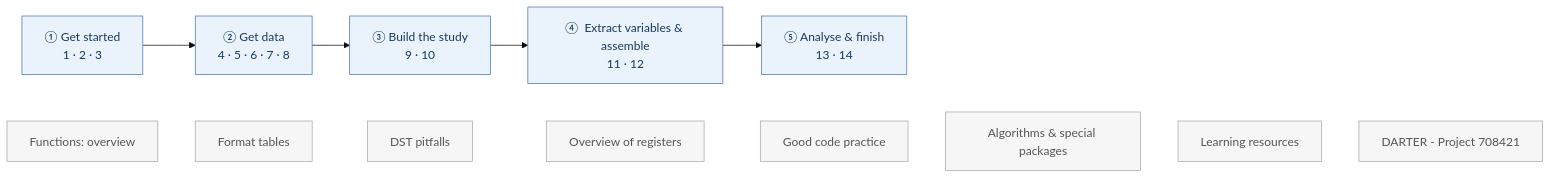
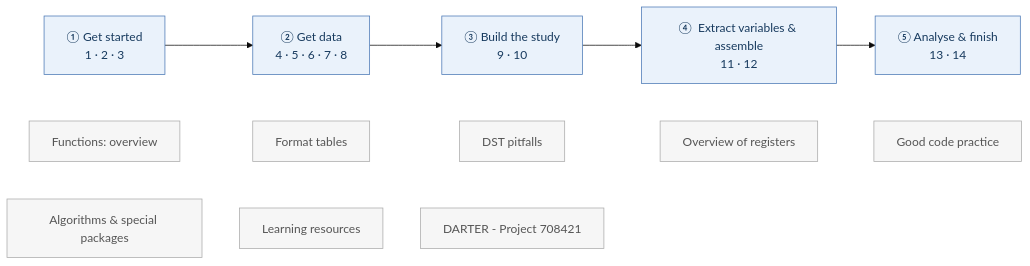
Before and after one commit to steno-aarhus/registers-guide: the diagram in docs/en/index.qmd, drawn with Mermaid (base theme). The commit also changed 1 other file, not shown here.

Commit message:
Forside-roadmap: del de 8 grå opslags-bokse i to rækker (5 + 3) for større, mere læsbare bokse
Brød den enkelte ~~~-kæde af O1-O8 op i to kæder (O1-O5 og O6-O8), så mermaid
stabler dem som to rækker. da (00_index) + en (index).

````diff
--- a/docs/en/index.qmd
+++ b/docs/en/index.qmd
@@ -55,9 +55,10 @@
 ```{mermaid}
 flowchart LR
     S1["①  Get started<br>1 · 2 · 3"] --> S2["②  Get data<br>4 · 5 · 6 · 7 · 8"] --> S3["③  Build the study<br>9 · 10"] --> S4["④  Extract variables & assemble<br>11 · 12"] --> S5["⑤  Analyse & finish<br>13 · 14"]
-    O1["Functions: overview"] ~~~ O2["Format tables"] ~~~ O3["DST pitfalls"] ~~~ O4["Overview of registers"] ~~~ O5["Good code practice"] ~~~ O6["Algorithms & special packages"] ~~~ O7["Learning resources"] ~~~ O8["DARTER - Project 708421"]
+    O1["Functions: overview"] ~~~ O2["Format tables"] ~~~ O3["DST pitfalls"] ~~~ O4["Overview of registers"] ~~~ O5["Good code practice"]
+    O6["Algorithms & special packages"] ~~~ O7["Learning resources"] ~~~ O8["DARTER - Project 708421"]
     classDef stage fill:#eaf2fb,stroke:#4a78b5,stroke-width:1px,color:#173a5e;
     classDef ref fill:#f6f6f6,stroke:#aaaaaa,color:#555555;
     class S1,S2,S3,S4,S5 stage
     class O1,O2,O3,O4,O5,O6,O7,O8 ref
 ```
````
